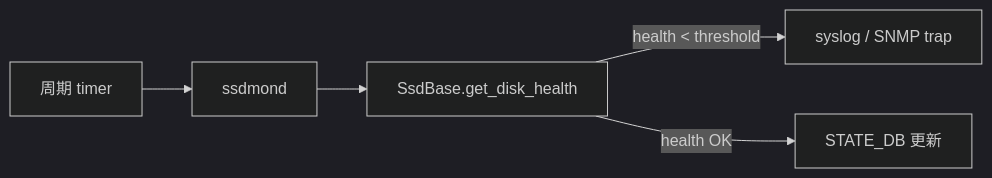
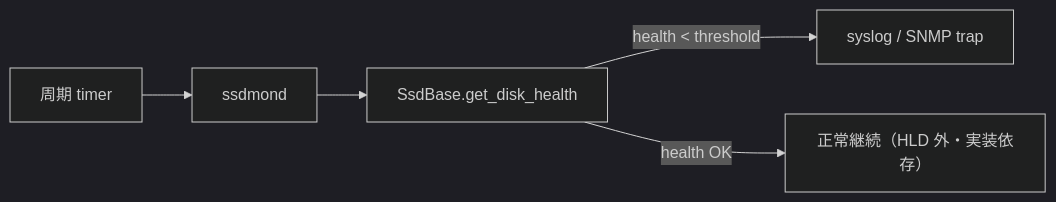
The diagram in docs/architecture/ssdhealth-design-internals.md (aoki-taquan/sonic-unofficial-docs), drawn with Mermaid (dark theme) before and after one commit. The commit also changed other lines of this file and 21 other files, not shown here.

````diff
--- a/docs/architecture/ssdhealth-design-internals.md
+++ b/docs/architecture/ssdhealth-design-internals.md
@@ -81,7 +81,7 @@
 ```mermaid
 flowchart LR
     TIMER[周期 timer] --> SSDMOND[ssdmond]
     SSDMOND --> SB[SsdBase.get_disk_health]
     SB -->|health < threshold| ALERT[syslog / SNMP trap]
-    SB -->|health OK| OK[STATE_DB 更新]
+    SB -->|health OK| OK[正常継続（HLD 外・実装依存）]
 ```
````
